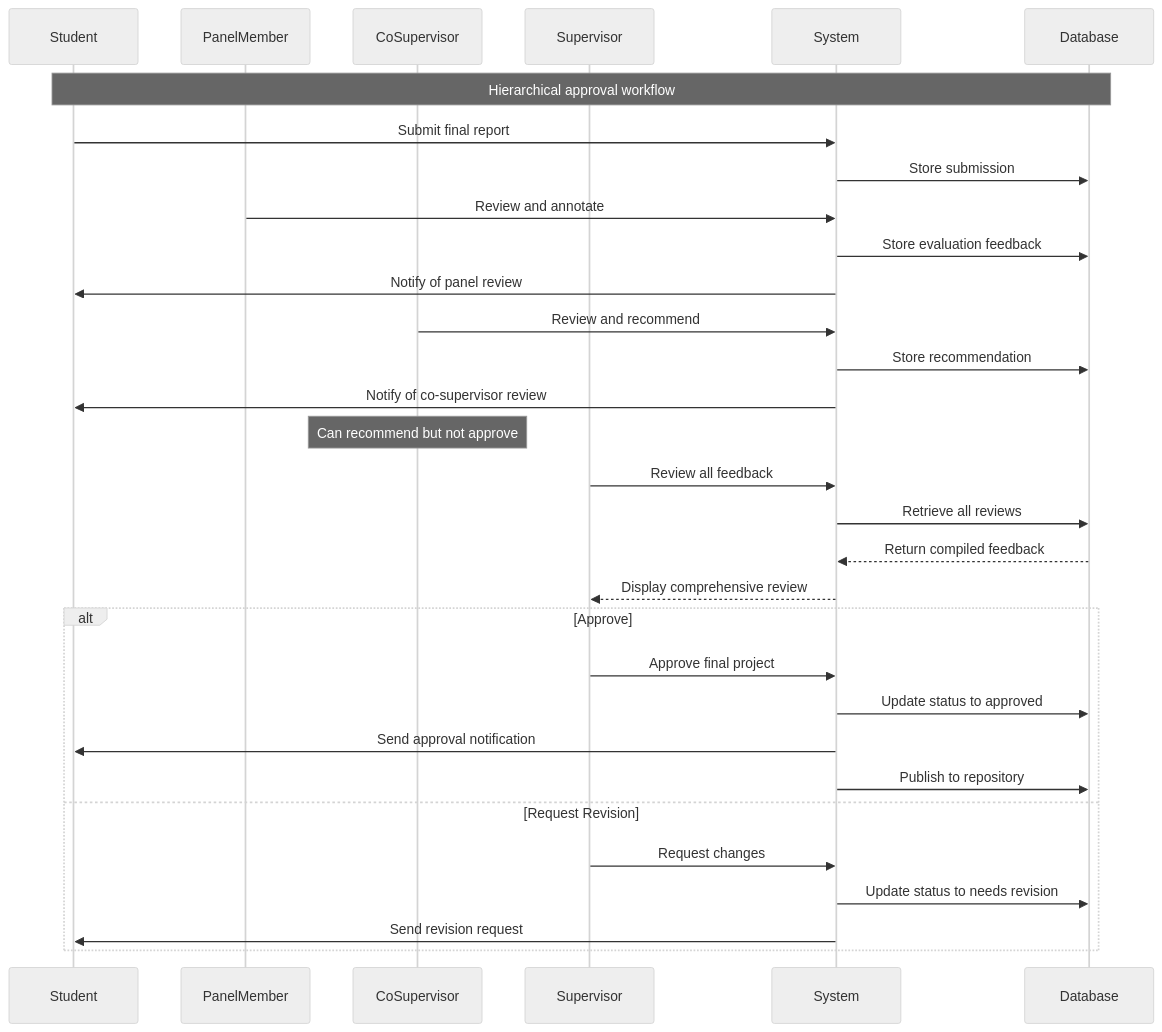
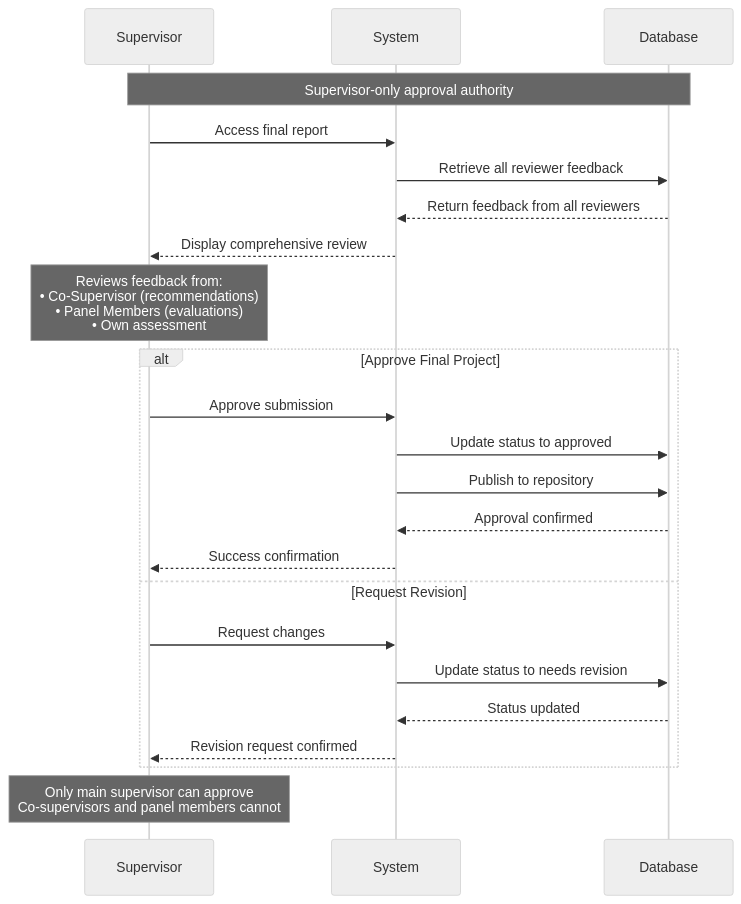
One commit to abdullah2323442/thesisrepo-backup changed diagram 33 of 37 in sequence-academic.md. Above: the diagram before and after it, drawn with Mermaid (neutral theme). The commit also changed other lines of this file, not shown here.

Commit message:
update sequence academic md

````diff
--- a/sequence-academic.md
+++ b/sequence-academic.md
@@ -1114,40 +1114,30 @@
 ```mermaid
 sequenceDiagram
-    participant Student
-    participant PanelMember
-    participant CoSupervisor
     participant Supervisor
     participant System
     participant Database
 
-    Note over Student,Database: Hierarchical approval workflow
+    Note over Supervisor,Database: Supervisor-only approval authority
     
-    Student->>System: Submit final report
-    System->>Database: Store submission
-    
-    PanelMember->>System: Review and annotate
-    System->>Database: Store evaluation feedback
-    System->>Student: Notify of panel review
-    
-    CoSupervisor->>System: Review and recommend
-    System->>Database: Store recommendation
-    System->>Student: Notify of co-supervisor review
-    
-    Note over CoSupervisor: Can recommend but not approve
-    
-    Supervisor->>System: Review all feedback
-    System->>Database: Retrieve all reviews
-    Database-->>System: Return compiled feedback
+    Supervisor->>System: Access final report
+    System->>Database: Retrieve all reviewer feedback
+    Database-->>System: Return feedback from all reviewers
     System-->>Supervisor: Display comprehensive review
     
-    alt Approve
-        Supervisor->>System: Approve final project
+    Note over Supervisor: Reviews feedback from:<br/>• Co-Supervisor (recommendations)<br/>• Panel Members (evaluations)<br/>• Own assessment
+    
+    alt Approve Final Project
+        Supervisor->>System: Approve submission
         System->>Database: Update status to approved
-        System->>Student: Send approval notification
         System->>Database: Publish to repository
+        Database-->>System: Approval confirmed
+        System-->>Supervisor: Success confirmation
     else Request Revision
         Supervisor->>System: Request changes
         System->>Database: Update status to needs revision
-        System->>Student: Send revision request
+        Database-->>System: Status updated
+        System-->>Supervisor: Revision request confirmed
     end
+    
+    Note over Supervisor: Only main supervisor can approve<br/>Co-supervisors and panel members cannot
 ```
````
